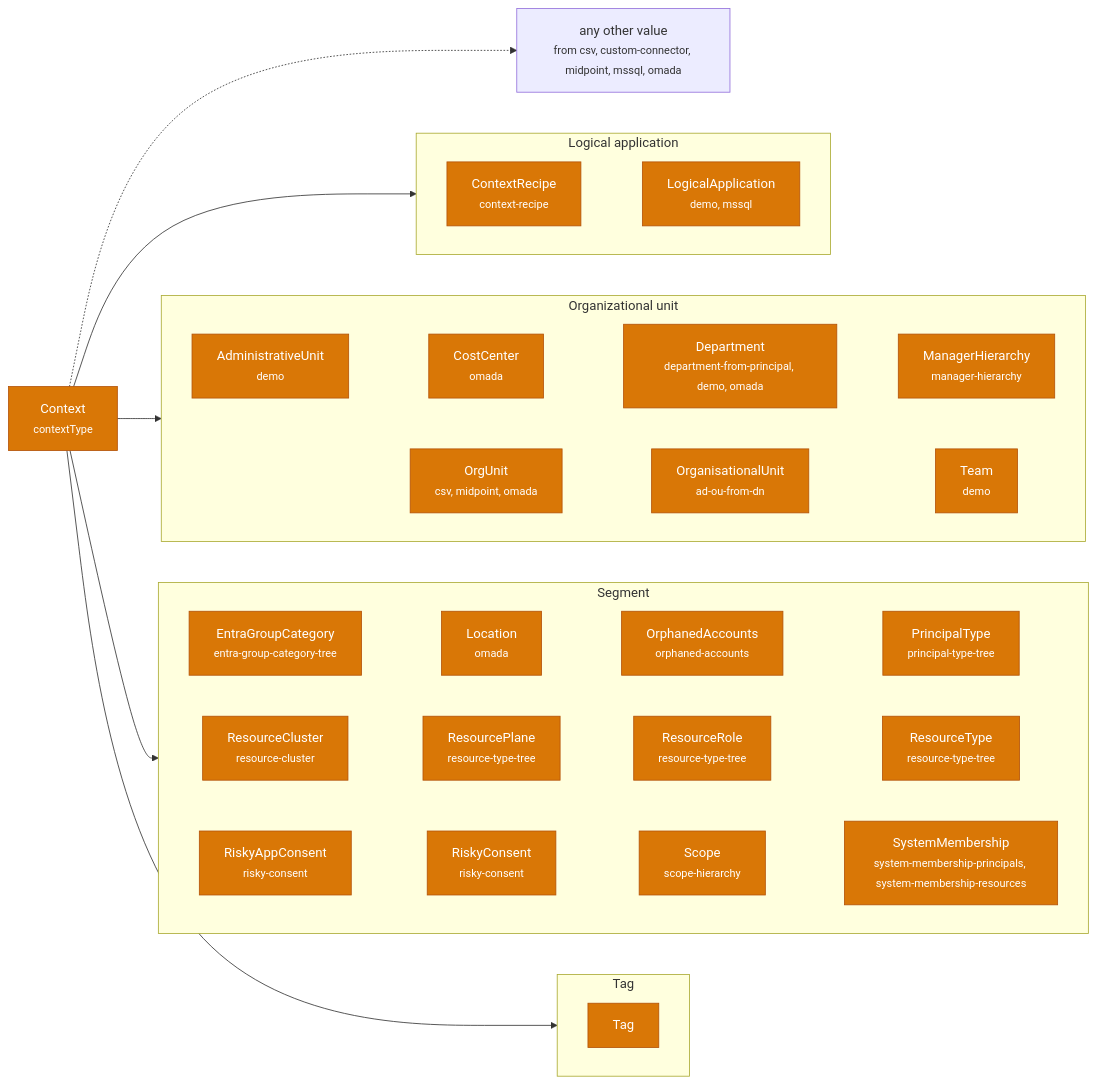
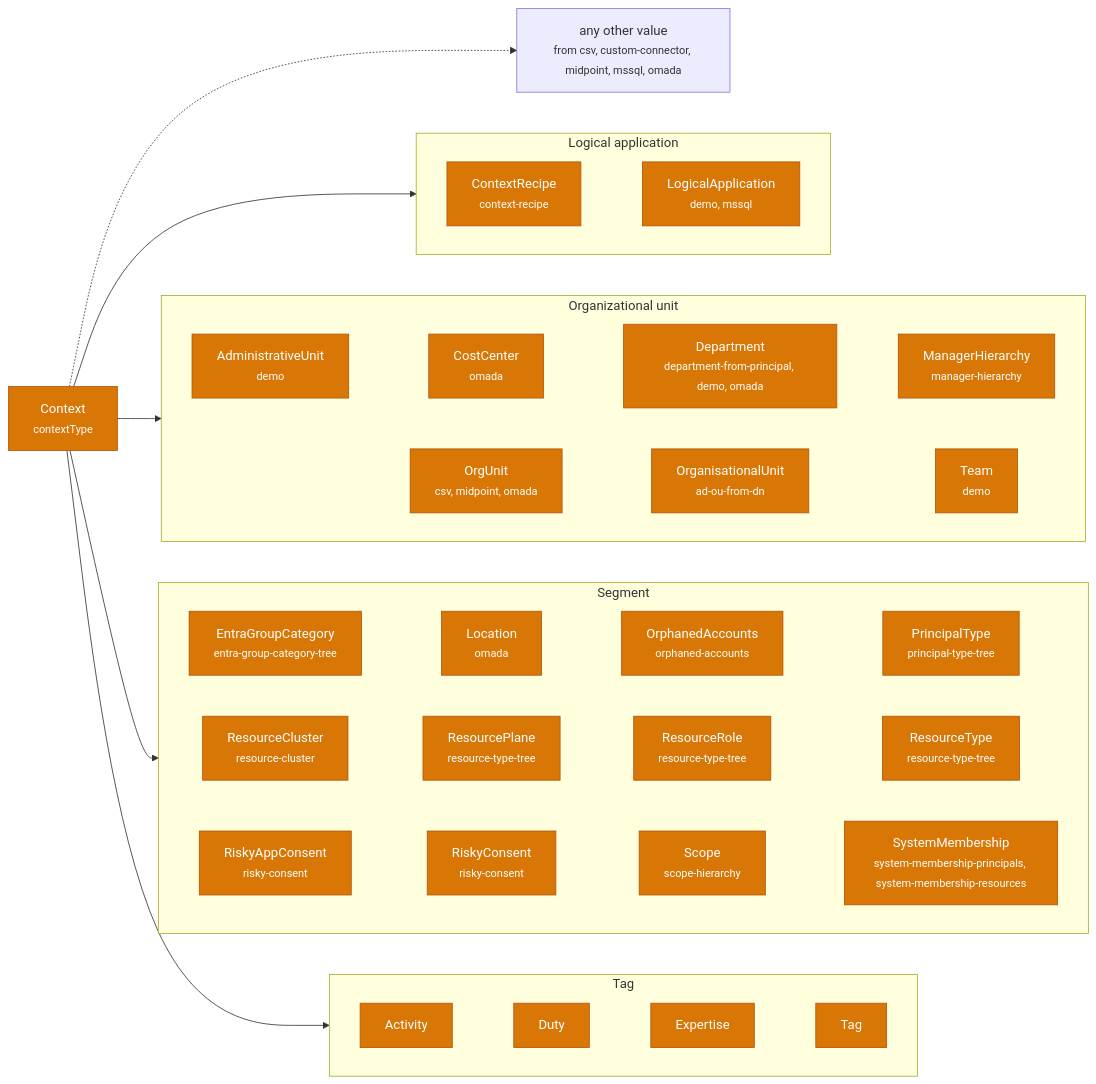
Before and after one commit to Fortigi/IdentityAtlas: the fourth of 5 diagrams in docs/concepts/ontology.md, drawn with Mermaid. The commit also changed 76 other files, not shown here.

````diff
--- a/docs/concepts/ontology.md
+++ b/docs/concepts/ontology.md
@@ -224,51 +224,55 @@
 ```mermaid
 flowchart LR
     root["Context<br/><small>contextType</small>"]:::Context
     subgraph g_LogicalApplicationContext["Logical application"]
       direction LR
       t_ContextRecipe["ContextRecipe<br/><small>context-recipe</small>"]:::Context
       t_LogicalApplication["LogicalApplication<br/><small>demo, mssql</small>"]:::Context
       t_ContextRecipe ~~~ t_LogicalApplication
     end
     subgraph g_OrganizationalUnit["Organizational unit"]
       direction LR
       t_AdministrativeUnit["AdministrativeUnit<br/><small>demo</small>"]:::Context
       t_CostCenter["CostCenter<br/><small>omada</small>"]:::Context
       t_Department["Department<br/><small>department-from-principal, demo, omada</small>"]:::Context
       t_ManagerHierarchy["ManagerHierarchy<br/><small>manager-hierarchy</small>"]:::Context
       t_OrgUnit["OrgUnit<br/><small>csv, midpoint, omada</small>"]:::Context
       t_OrganisationalUnit["OrganisationalUnit<br/><small>ad-ou-from-dn</small>"]:::Context
       t_Team["Team<br/><small>demo</small>"]:::Context
       t_AdministrativeUnit ~~~ t_CostCenter ~~~ t_Department ~~~ t_ManagerHierarchy
       t_OrgUnit ~~~ t_OrganisationalUnit ~~~ t_Team
     end
     subgraph g_Segment["Segment"]
       direction LR
       t_EntraGroupCategory["EntraGroupCategory<br/><small>entra-group-category-tree</small>"]:::Context
       t_Location["Location<br/><small>omada</small>"]:::Context
       t_OrphanedAccounts["OrphanedAccounts<br/><small>orphaned-accounts</small>"]:::Context
       t_PrincipalType["PrincipalType<br/><small>principal-type-tree</small>"]:::Context
       t_ResourceCluster["ResourceCluster<br/><small>resource-cluster</small>"]:::Context
       t_ResourcePlane["ResourcePlane<br/><small>resource-type-tree</small>"]:::Context
       t_ResourceRole["ResourceRole<br/><small>resource-type-tree</small>"]:::Context
       t_ResourceType["ResourceType<br/><small>resource-type-tree</small>"]:::Context
       t_RiskyAppConsent["RiskyAppConsent<br/><small>risky-consent</small>"]:::Context
       t_RiskyConsent["RiskyConsent<br/><small>risky-consent</small>"]:::Context
       t_Scope["Scope<br/><small>scope-hierarchy</small>"]:::Context
       t_SystemMembership["SystemMembership<br/><small>system-membership-principals, system-membership-resources</small>"]:::Context
       t_EntraGroupCategory ~~~ t_Location ~~~ t_OrphanedAccounts ~~~ t_PrincipalType
       t_ResourceCluster ~~~ t_ResourcePlane ~~~ t_ResourceRole ~~~ t_ResourceType
       t_RiskyAppConsent ~~~ t_RiskyConsent ~~~ t_Scope ~~~ t_SystemMembership
     end
     subgraph g_TagContext["Tag"]
       direction LR
+      t_Activity["Activity"]:::Context
+      t_Duty["Duty"]:::Context
+      t_Expertise["Expertise"]:::Context
       t_Tag["Tag"]:::Context
+      t_Activity ~~~ t_Duty ~~~ t_Expertise ~~~ t_Tag
     end
     root --> g_LogicalApplicationContext
     root --> g_OrganizationalUnit
     root --> g_Segment
     root --> g_TagContext
     other["any other value<br/><small>from csv, custom-connector, midpoint, mssql, omada</small>"]
     root -.-> other
     classDef Context fill:#d97706,stroke:#b45309,color:#fff
 ```
````
